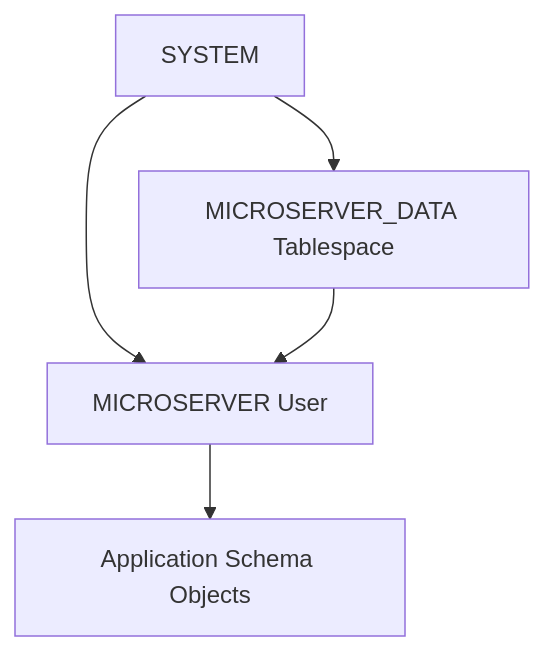
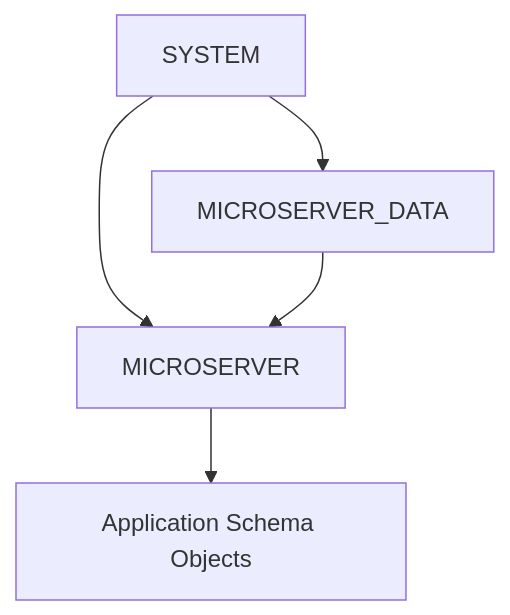
The diagram in docs/02_development_environment/03_macos/07_oracle/oracle_database_schema_setup.md (Team-Microserver/microserver-docs), drawn with Mermaid before and after one commit. The commit also changed other lines of this file and 17 other files, not shown here.

````diff
--- a/docs/02_development_environment/03_macos/07_oracle/oracle_database_schema_setup.md
+++ b/docs/02_development_environment/03_macos/07_oracle/oracle_database_schema_setup.md
@@ -51,8 +40,8 @@
 ```mermaid
 flowchart TD
     SYS["SYSTEM"]
-    --> TS["MICROSERVER_DATA Tablespace"]
-    SYS --> USER["MICROSERVER User"]
+    --> TS["MICROSERVER_DATA"]
+    SYS --> USER["MICROSERVER"]
     TS --> USER
     USER --> OBJ["Application Schema Objects"]
 ```
````
